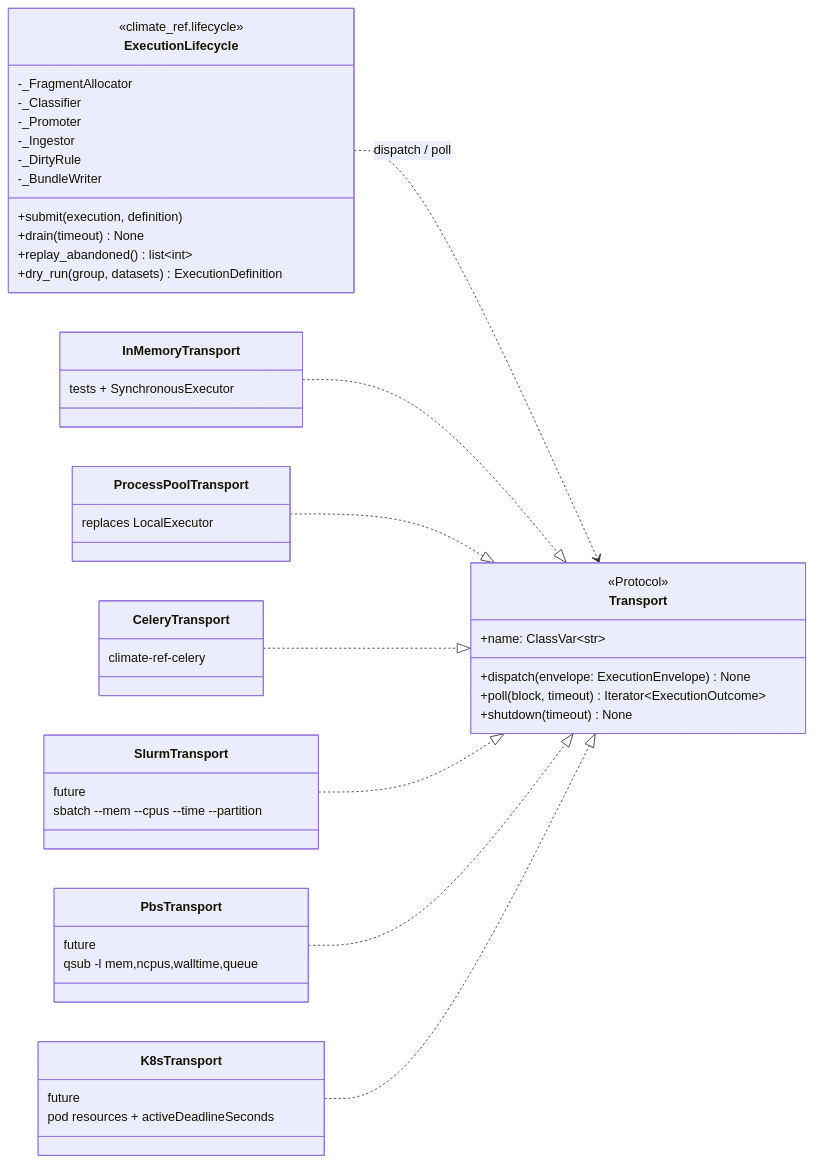
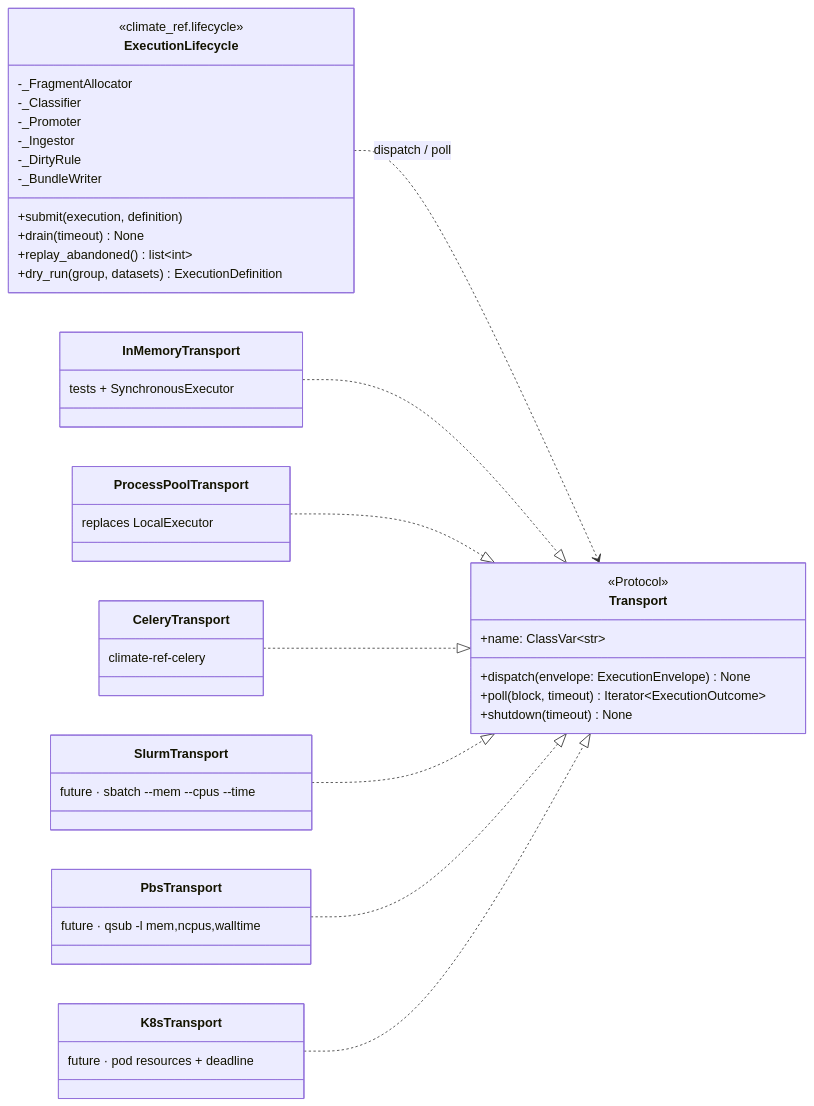
One commit to Climate-REF/rfcs changed the first of 3 diagrams in text/0003-execution-lifecycle.md. Above: the diagram before and after it, drawn with Mermaid. The commit also changed other lines of this file, not shown here.

````diff
--- a/text/0003-execution-lifecycle.md
+++ b/text/0003-execution-lifecycle.md
@@ -137,56 +63,41 @@
 ```mermaid
 classDiagram
     direction LR
 
     class ExecutionLifecycle {
         <<climate_ref.lifecycle>>
         +submit(execution, definition)
         +drain(timeout) None
         +replay_abandoned() list~int~
         +dry_run(group, datasets) ExecutionDefinition
         -_FragmentAllocator
         -_Classifier
         -_Promoter
         -_Ingestor
         -_DirtyRule
         -_BundleWriter
     }
 
     class Transport {
         <<Protocol>>
         +name: ClassVar~str~
         +dispatch(envelope: ExecutionEnvelope) None
         +poll(block, timeout) Iterator~ExecutionOutcome~
         +shutdown(timeout) None
     }
 
-    class InMemoryTransport {
-        tests + SynchronousExecutor
-    }
-    class ProcessPoolTransport {
-        replaces LocalExecutor
-    }
-    class CeleryTransport {
-        climate-ref-celery
-    }
-    class SlurmTransport {
-        future
-        sbatch --mem --cpus --time --partition
-    }
-    class PbsTransport {
-        future
-        qsub -l mem,ncpus,walltime,queue
-    }
-    class K8sTransport {
-        future
-        pod resources + activeDeadlineSeconds
-    }
+    class InMemoryTransport { tests + SynchronousExecutor }
+    class ProcessPoolTransport { replaces LocalExecutor }
+    class CeleryTransport { climate-ref-celery }
+    class SlurmTransport { future · sbatch --mem --cpus --time }
+    class PbsTransport { future · qsub -l mem,ncpus,walltime }
+    class K8sTransport { future · pod resources + deadline }
 
     ExecutionLifecycle ..> Transport : dispatch / poll
     InMemoryTransport ..|> Transport
     ProcessPoolTransport ..|> Transport
     CeleryTransport ..|> Transport
     SlurmTransport ..|> Transport
     PbsTransport ..|> Transport
     K8sTransport ..|> Transport
 ```
````
